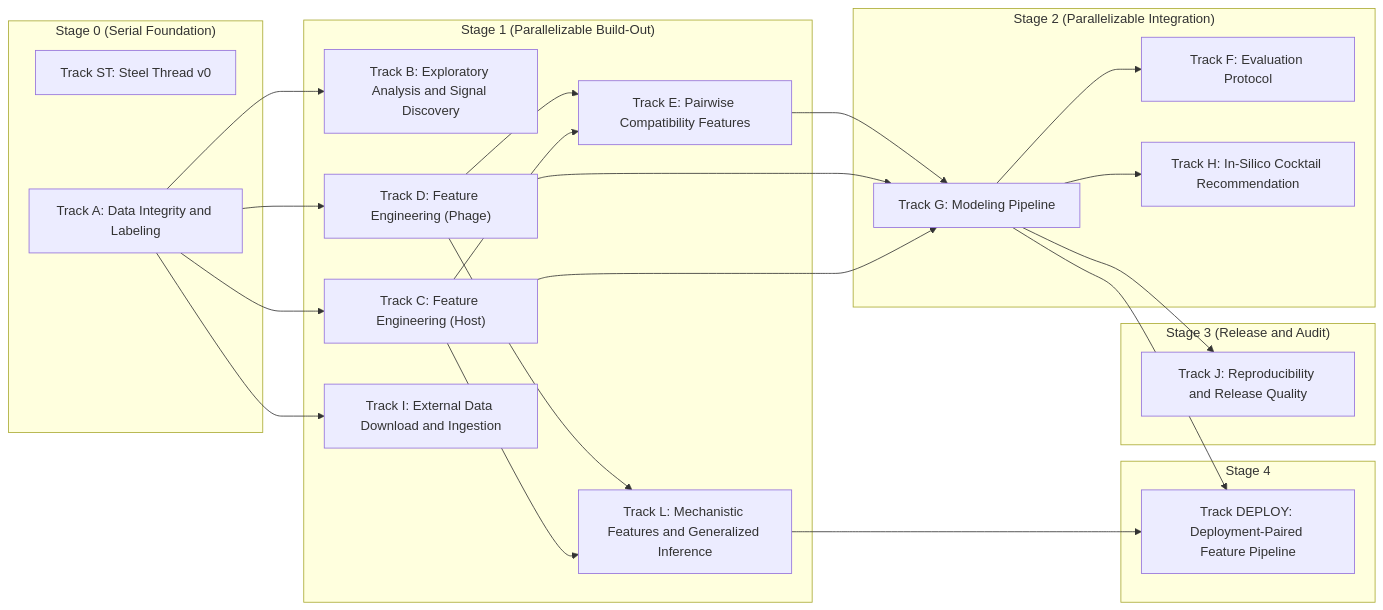
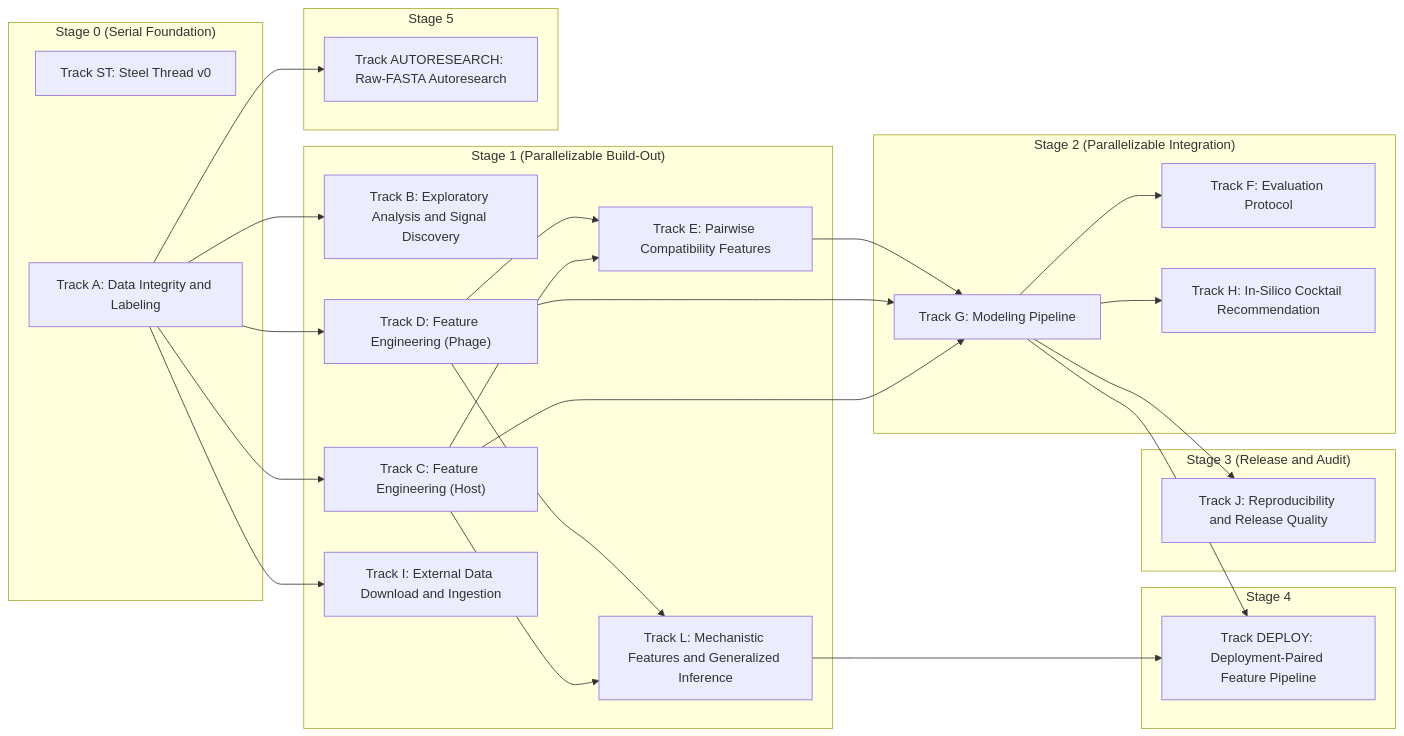
The diagram in lyzortx/research_notes/PLAN.md (LorenaDerezanin/coli_phage_interactions_2023), drawn with Mermaid before and after one commit. The commit also changed other lines of this file and 6 other files, not shown here.

First line of the commit message:
Replan AUTORESEARCH around raw FASTA inputs (#328)

````diff
--- a/lyzortx/research_notes/PLAN.md
+++ b/lyzortx/research_notes/PLAN.md
@@ -7,47 +7,52 @@
 ```mermaid
 graph LR
   subgraph s0["Stage 0 (Serial Foundation)"]
     tst["Track ST: Steel Thread v0"]
     ta["Track A: Data Integrity and Labeling"]
   end
 
   subgraph s1["Stage 1 (Parallelizable Build-Out)"]
     tb["Track B: Exploratory Analysis and Signal Discovery"]
     tc["Track C: Feature Engineering (Host)"]
     td["Track D: Feature Engineering (Phage)"]
     te["Track E: Pairwise Compatibility Features"]
     ti["Track I: External Data Download and Ingestion"]
     tl["Track L: Mechanistic Features and Generalized Inference"]
   end
 
   subgraph s2["Stage 2 (Parallelizable Integration)"]
     tf["Track F: Evaluation Protocol"]
     tg["Track G: Modeling Pipeline"]
     th["Track H: In-Silico Cocktail Recommendation"]
   end
 
   subgraph s3["Stage 3 (Release and Audit)"]
     tj["Track J: Reproducibility and Release Quality"]
   end
 
   subgraph s4["Stage 4"]
     tdeploy["Track DEPLOY: Deployment-Paired Feature Pipeline"]
   end
 
+  subgraph s5["Stage 5"]
+    tautoresearch["Track AUTORESEARCH: Raw-FASTA Autoresearch"]
+  end
+
   ta --> tb
   ta --> tc
   ta --> td
   tc --> te
   td --> te
   tg --> tf
   tc --> tg
   td --> tg
   te --> tg
   tg --> th
   ta --> ti
   tc --> tl
   td --> tl
   tg --> tj
   tl --> tdeploy
   tg --> tdeploy
+  ta --> tautoresearch
 ```
````
